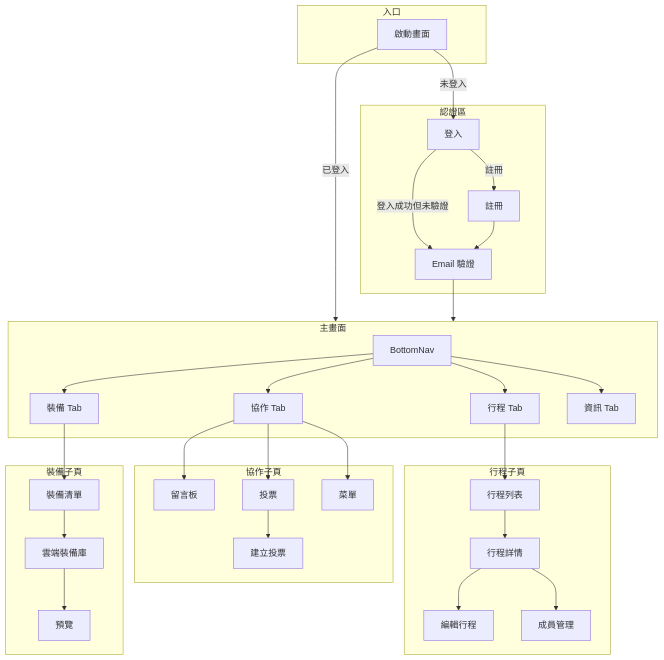
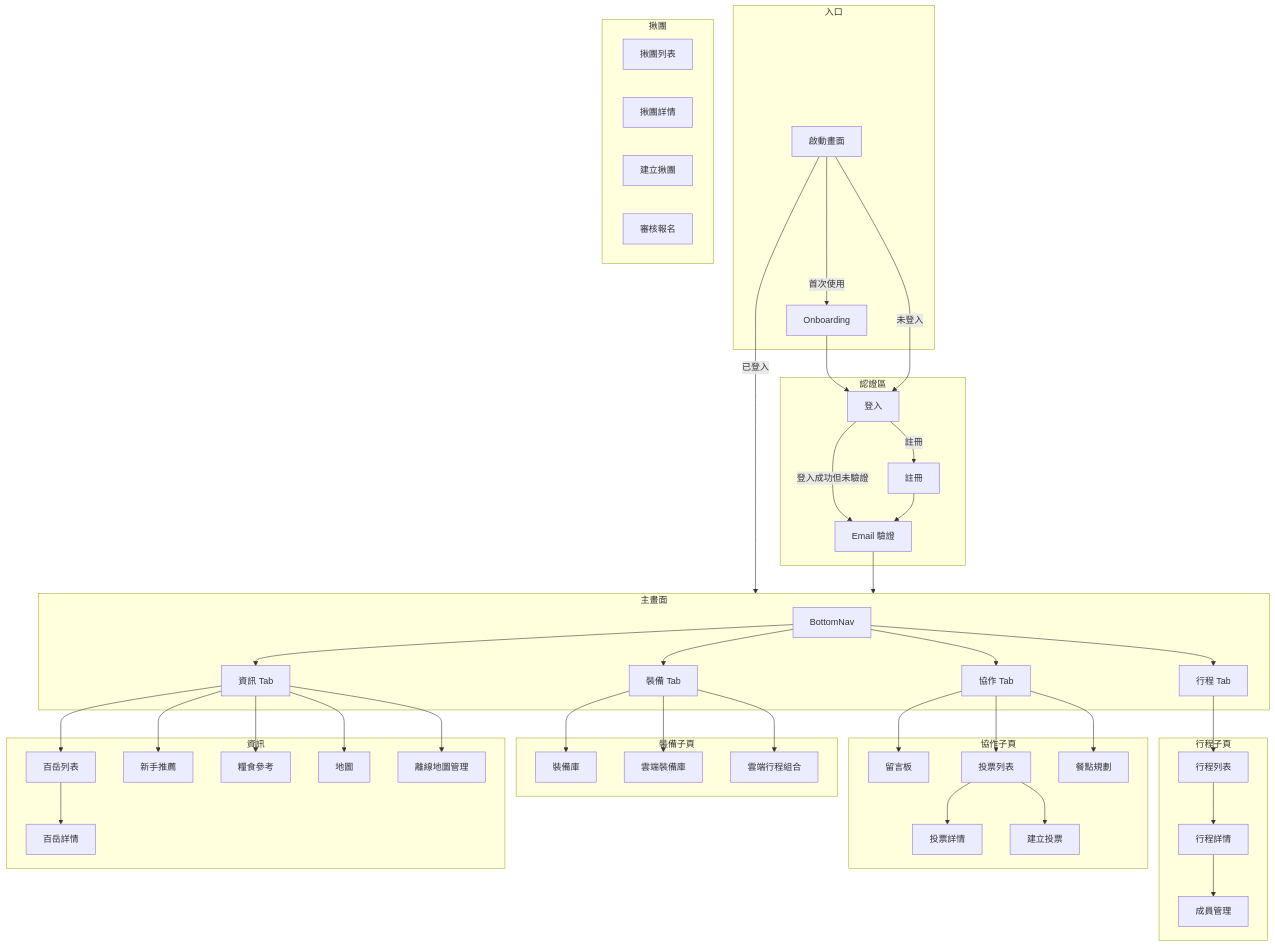
One commit to dectecx/SummitMate changed the first of 2 diagrams in docs/ui/NAVIGATION.md. Above: the diagram before and after it, drawn with Mermaid. The commit also changed other lines of this file and 11 other files, not shown here.

Commit message:
docs: update all documentation to reflect Go backend and current architecture

````diff
--- a/docs/ui/NAVIGATION.md
+++ b/docs/ui/NAVIGATION.md
@@ -5,57 +5,75 @@
 ```mermaid
 flowchart TB
     subgraph Entry[入口]
         Splash[啟動畫面]
+        Onboard[Onboarding]
     end
 
     subgraph Auth[認證區]
         Login[登入]
         Register[註冊]
         Verify[Email 驗證]
     end
 
     subgraph Main[主畫面]
         Nav[BottomNav]
         Trip[行程 Tab]
         Collab[協作 Tab]
         Gear[裝備 Tab]
         Info[資訊 Tab]
     end
 
     subgraph Trip_Sub[行程子頁]
         TripList[行程列表]
         TripDetail[行程詳情]
-        TripEdit[編輯行程]
         Members[成員管理]
     end
 
     subgraph Collab_Sub[協作子頁]
         Messages[留言板]
-        Polls[投票]
+        Polls[投票列表]
+        PollDetail[投票詳情]
         CreatePoll[建立投票]
-        Meals[菜單]
+        MealPlanner[餐點規劃]
     end
 
     subgraph Gear_Sub[裝備子頁]
-        GearList[裝備清單]
+        GearLibrary[裝備庫]
         GearCloud[雲端裝備庫]
-        GearPreview[預覽]
+        TripCloud[雲端行程組合]
     end
 
-    Splash --> |已登入| Main
-    Splash --> |未登入| Login
-    Login --> |註冊| Register
-    Login --> |登入成功但未驗證| Verify
-    Register --> Verify
-    Verify --> Main
+    subgraph Social[揪團]
+        GroupList[揪團列表]
+        GroupDetail[揪團詳情]
+        GroupCreate[建立揪團]
+        GroupReview[審核報名]
+    end
+
+    subgraph Explore[資訊]
+        MountainList[百岳列表]
+        MountainDetail[百岳詳情]
+        BeginnerPeaks[新手推薦]
+        FoodRef[糧食參考]
+        MapViewer[地圖]
+        OfflineMap[離線地圖管理]
+    end
+
+    Splash -->|首次使用| Onboard --> Login
+    Splash -->|已登入| Main
+    Splash -->|未登入| Login
+    Login -->|註冊| Register
+    Login -->|登入成功但未驗證| Verify
+    Register --> Verify --> Main
 
     Nav --> Trip & Collab & Gear & Info
 
-    Trip --> TripList --> TripDetail
-    TripDetail --> TripEdit & Members
+    Trip --> TripList --> TripDetail --> Members
+    Collab --> Messages & Polls & MealPlanner
+    Polls --> PollDetail & CreatePoll
 
-    Collab --> Messages & Polls & Meals
-    Polls --> CreatePoll
+    Gear --> GearLibrary & GearCloud & TripCloud
 
-    Gear --> GearList --> GearCloud --> GearPreview
+    Info --> MountainList --> MountainDetail
+    Info --> BeginnerPeaks & FoodRef & MapViewer & OfflineMap
 ```
````
